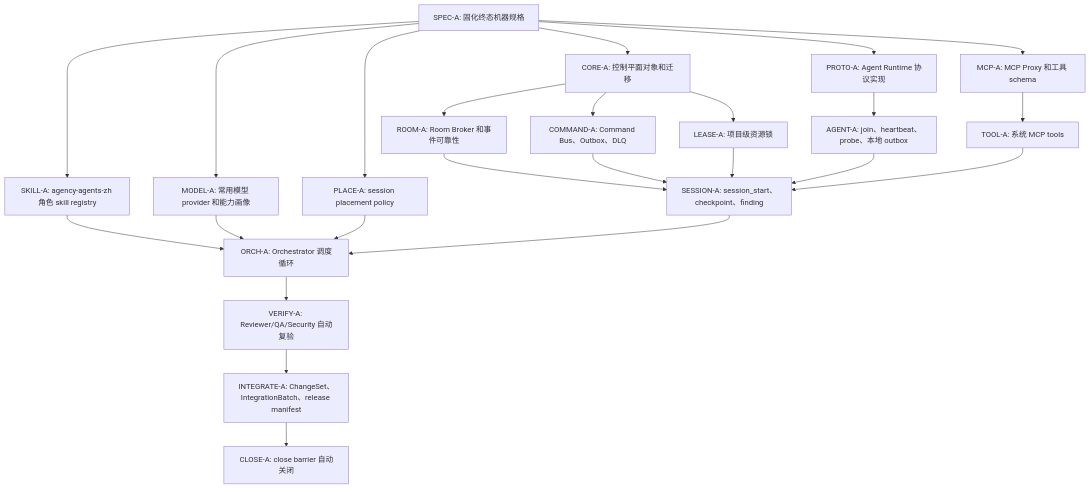
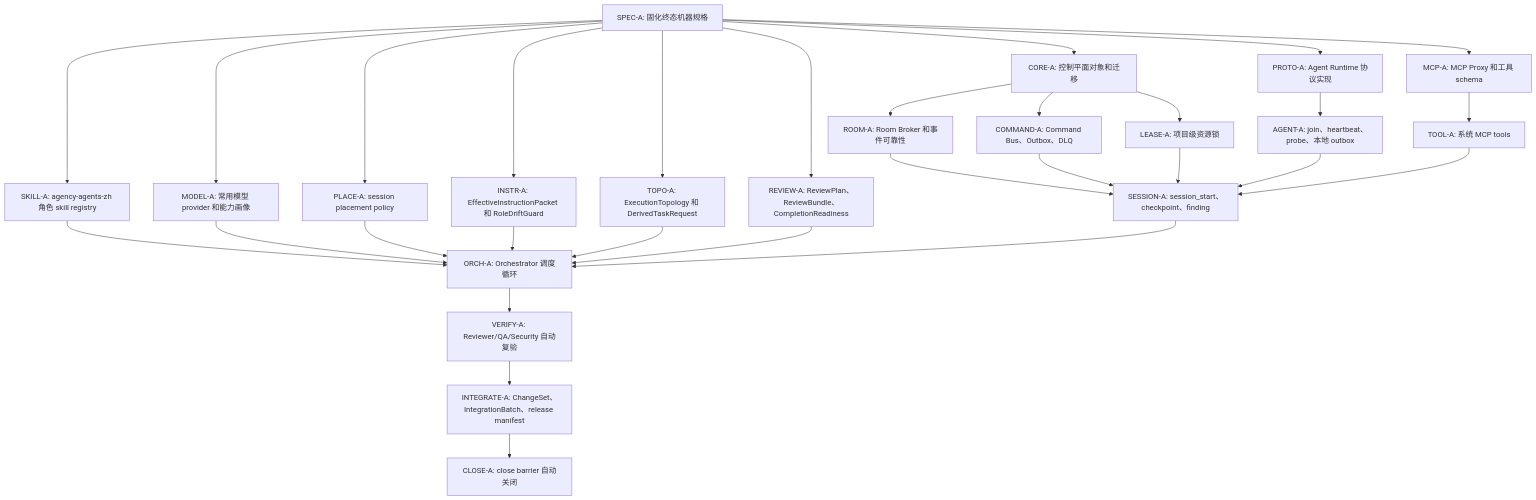
The diagram in docs/autonomous-execution-graph.md (DlenoDing/ai-multi-agent-ctrl), drawn with Mermaid before and after one commit. The commit also changed other lines of this file and 34 other files, not shown here.

````diff
--- a/docs/autonomous-execution-graph.md
+++ b/docs/autonomous-execution-graph.md
@@ -9,26 +9,32 @@
 ```mermaid
 flowchart TD
     A["SPEC-A: 固化终态机器规格"] --> B["CORE-A: 控制平面对象和迁移"]
     A --> C["PROTO-A: Agent Runtime 协议实现"]
     A --> D["MCP-A: MCP Proxy 和工具 schema"]
     A --> S["SKILL-A: agency-agents-zh 角色 skill registry"]
     A --> T["MODEL-A: 常用模型 provider 和能力画像"]
     A --> P["PLACE-A: session placement policy"]
+    A --> U["INSTR-A: EffectiveInstructionPacket 和 RoleDriftGuard"]
+    A --> V["TOPO-A: ExecutionTopology 和 DerivedTaskRequest"]
+    A --> W["REVIEW-A: ReviewPlan、ReviewBundle、CompletionReadiness"]
     B --> E["ROOM-A: Room Broker 和事件可靠性"]
     B --> F["COMMAND-A: Command Bus、Outbox、DLQ"]
     B --> G["LEASE-A: 项目级资源锁"]
     C --> H["AGENT-A: join、heartbeat、probe、本地 outbox"]
     D --> I["TOOL-A: 系统 MCP tools"]
     E --> J["SESSION-A: session_start、checkpoint、finding"]
     F --> J
     G --> J
     H --> J
     I --> J
     S --> K
     T --> K
     P --> K
+    U --> K
+    V --> K
+    W --> K
     J --> K["ORCH-A: Orchestrator 调度循环"]
     K --> L["VERIFY-A: Reviewer/QA/Security 自动复验"]
     L --> M["INTEGRATE-A: ChangeSet、IntegrationBatch、release manifest"]
     M --> N["CLOSE-A: close barrier 自动关闭"]
 ```
````
